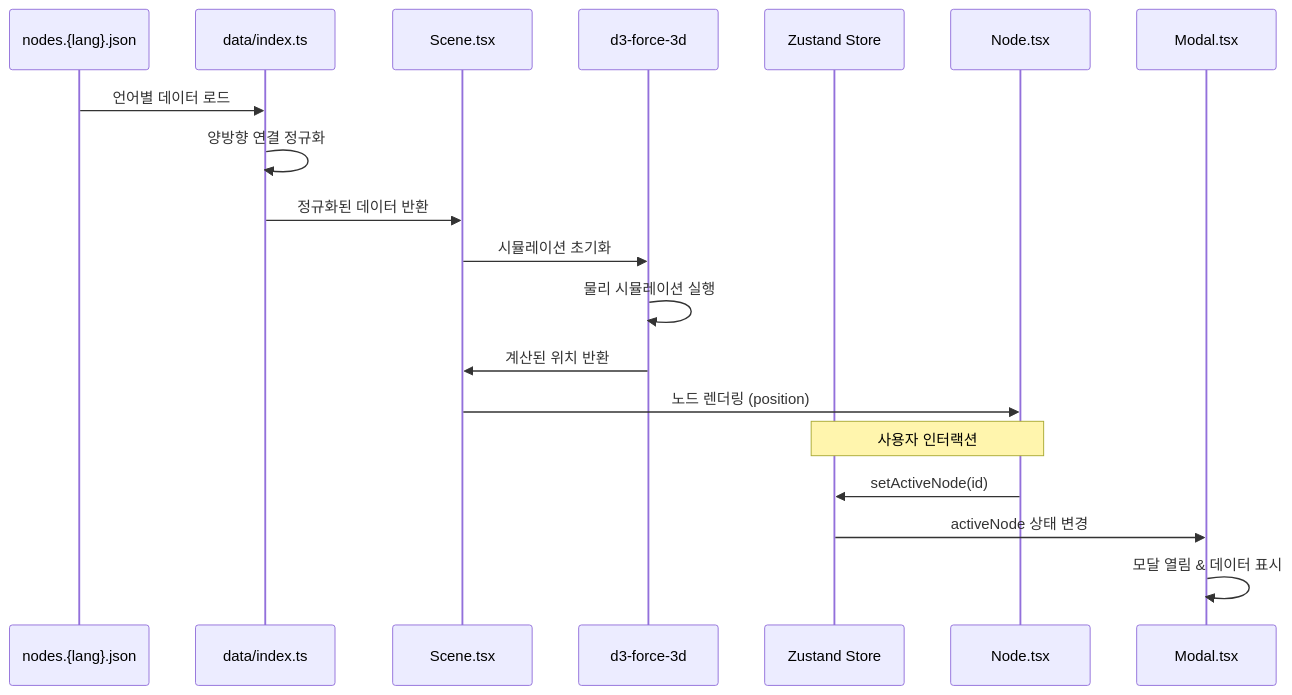
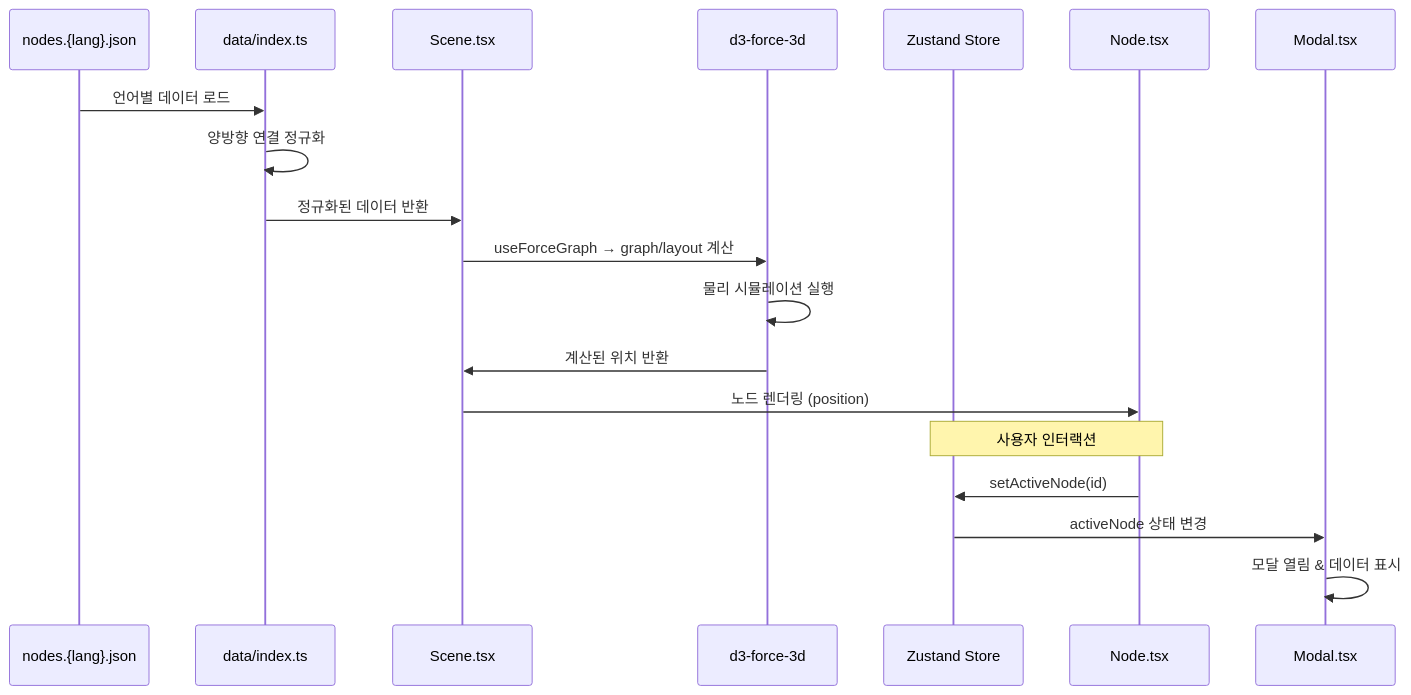
The second of 3 diagrams in docs/ARCHITECTURE.md (sleepyMS/MS-Mind), drawn with Mermaid before and after one commit. The commit also changed other lines of this file and 74 other files, not shown here.

````diff
--- a/docs/ARCHITECTURE.md
+++ b/docs/ARCHITECTURE.md
@@ -79,23 +81,23 @@
 ```mermaid
 sequenceDiagram
     participant JSON as nodes.{lang}.json
     participant Index as data/index.ts
     participant Scene as Scene.tsx
     participant d3 as d3-force-3d
     participant Store as Zustand Store
     participant Node as Node.tsx
     participant Modal as Modal.tsx
 
     JSON->>Index: 언어별 데이터 로드
     Index->>Index: 양방향 연결 정규화
     Index->>Scene: 정규화된 데이터 반환
-    Scene->>d3: 시뮬레이션 초기화
+    Scene->>d3: useForceGraph → graph/layout 계산
     d3->>d3: 물리 시뮬레이션 실행
     d3->>Scene: 계산된 위치 반환
     Scene->>Node: 노드 렌더링 (position)
 
     Note over Node,Store: 사용자 인터랙션
     Node->>Store: setActiveNode(id)
     Store->>Modal: activeNode 상태 변경
     Modal->>Modal: 모달 열림 & 데이터 표시
 ```
````
